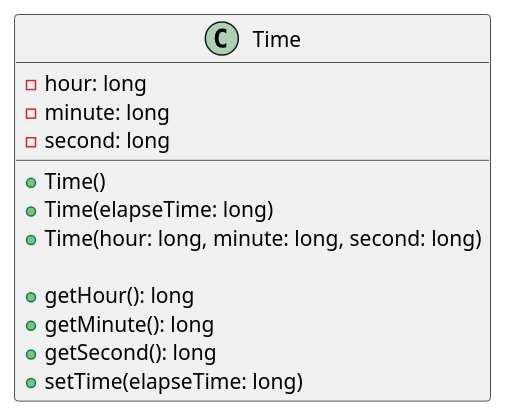
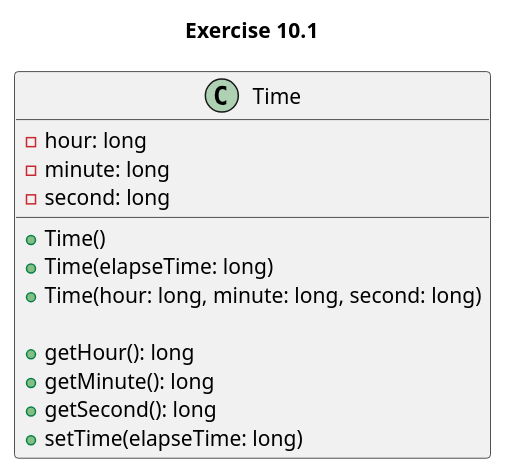
Before and after one commit to emaphis/Introduction_to_Java_Programming: the diagram in Introduction_to_Java_Programming/src/main/java/chapter10/exercise/exercise10_01/TimeDiagram.puml, drawn with PlantUML. The commit also changed 9 other files, not shown here.

```diff
--- a/Introduction_to_Java_Programming/src/main/java/chapter10/exercise/exercise10_01/TimeDiagram.puml
+++ b/Introduction_to_Java_Programming/src/main/java/chapter10/exercise/exercise10_01/TimeDiagram.puml
@@ -1,16 +1,17 @@
-@startuml
+@startuml exer10.1
+title Exercise 10.1
 class Time {
     -hour: long
     -minute: long
     -second: long
 
     +Time()
     +Time(elapseTime: long)
     +Time(hour: long, minute: long, second: long)
 
     +getHour(): long
     +getMinute(): long
     +getSecond(): long
     +setTime(elapseTime: long)
 }
 @enduml
```
